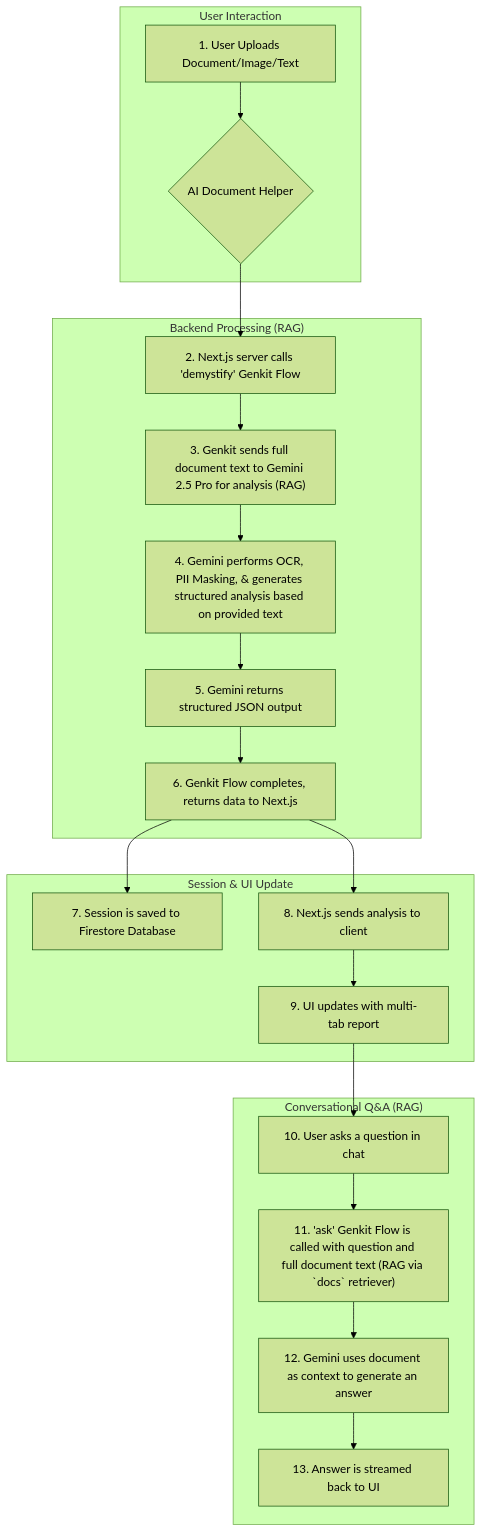
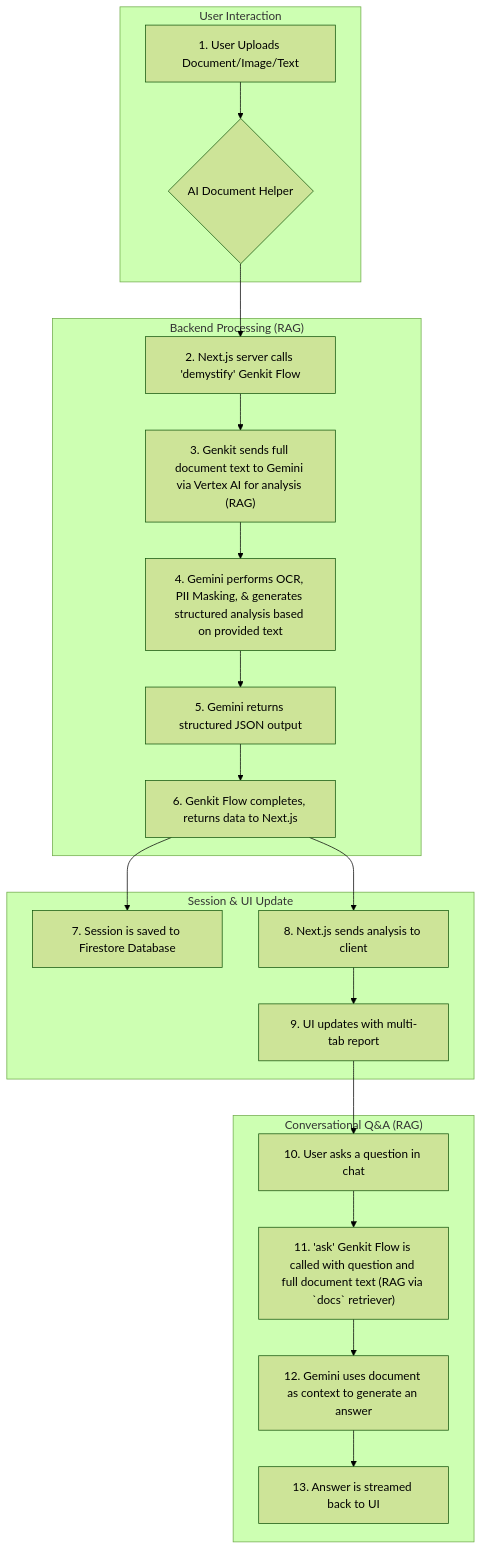
One commit to RD500/Vidhik changed the second of 3 diagrams in README.md. Above: the diagram before and after it, drawn with Mermaid (forest theme). The commit also changed other lines of this file, not shown here.

````diff
--- a/README.md
+++ b/README.md
@@ -125,24 +125,24 @@
 ```mermaid
 graph TD
     subgraph User Interaction
         A[1. User Uploads Document/Image/Text] --> B{AI Document Helper};
     end
     subgraph "Backend Processing (RAG)"
         B --> C[2. Next.js server calls 'demystify' Genkit Flow];
-        C --> D["3. Genkit sends full document text to Gemini 2.5 Pro for analysis (RAG)"];
+        C --> D["3. Genkit sends full document text to Gemini via Vertex AI for analysis (RAG)"];
         D --> E[4. Gemini performs OCR, PII Masking, & generates structured analysis based on provided text];
         E --> F[5. Gemini returns structured JSON output];
         F --> G[6. Genkit Flow completes, returns data to Next.js];
     end
     subgraph Session & UI Update
         G --> H[7. Session is saved to Firestore Database];
         G --> I[8. Next.js sends analysis to client];
         I --> J[9. UI updates with multi-tab report];
     end
     subgraph "Conversational Q&A (RAG)"
         J --> K[10. User asks a question in chat];
         K --> L["11. 'ask' Genkit Flow is called with question and full document text (RAG via `docs` retriever)"];
         L --> M[12. Gemini uses document as context to generate an answer];
         M --> N[13. Answer is streamed back to UI];
     end
 ```
````
